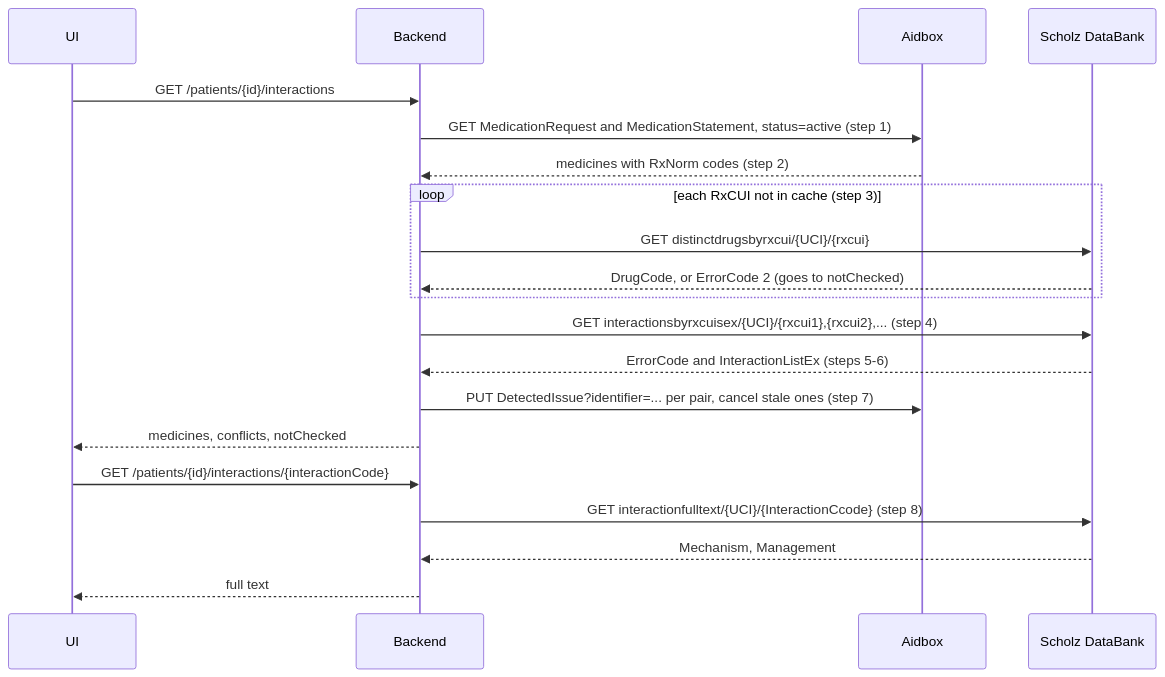
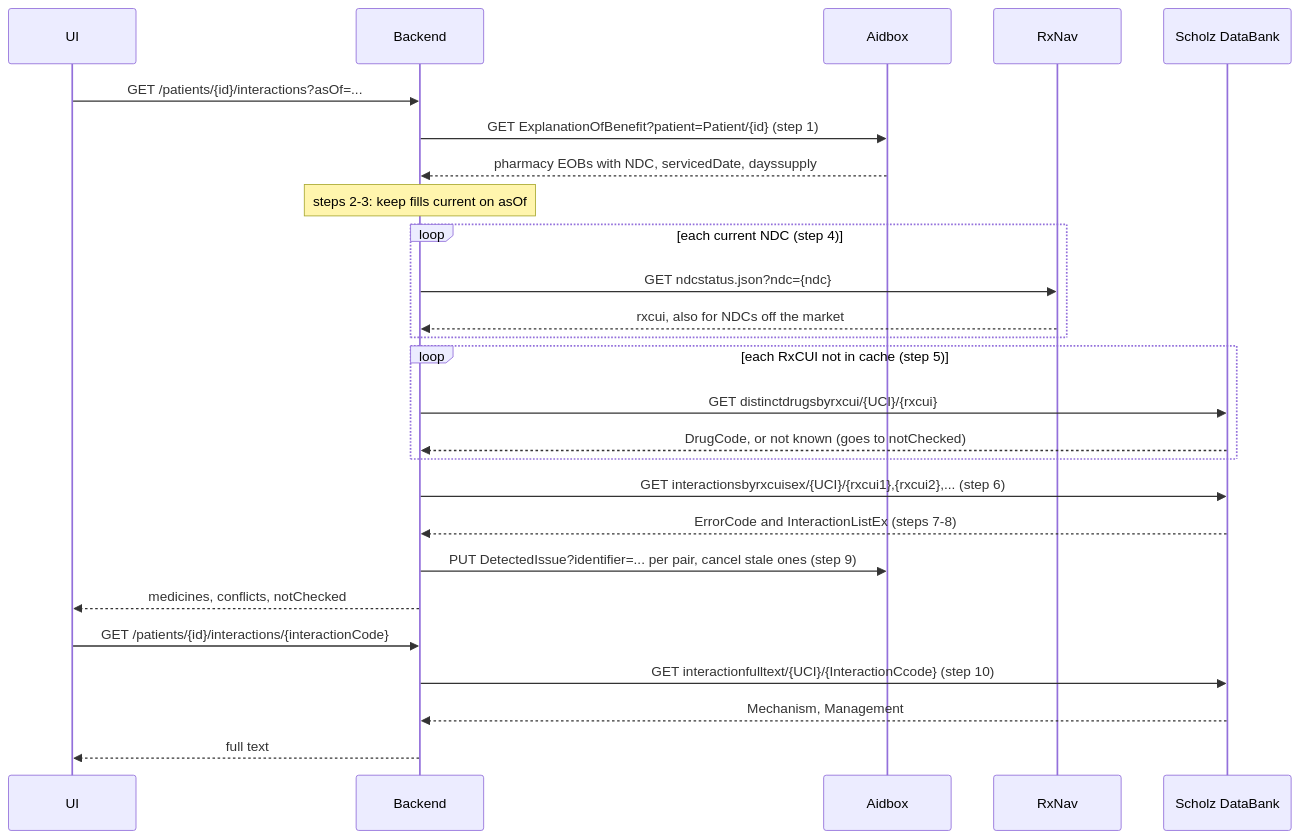
Before and after one commit to aleksandr-oleinikov/fhir_camp_2026: the diagram in docs/ddi-backend.md, drawn with Mermaid. The commit also changed other lines of this file, not shown here.

Commit message:
Read medicines from pharmacy EOBs in the interaction check (#5)

````diff
--- a/docs/ddi-backend.md
+++ b/docs/ddi-backend.md
@@ -20,24 +18,30 @@
 ```mermaid
 sequenceDiagram
     participant UI
     participant BE as Backend
     participant AB as Aidbox
+    participant RX as RxNav
     participant SDB as Scholz DataBank
 
-    UI->>BE: GET /patients/{id}/interactions
-    BE->>AB: GET MedicationRequest and MedicationStatement, status=active (step 1)
-    AB-->>BE: medicines with RxNorm codes (step 2)
-    loop each RxCUI not in cache (step 3)
+    UI->>BE: GET /patients/{id}/interactions?asOf=...
+    BE->>AB: GET ExplanationOfBenefit?patient=Patient/{id} (step 1)
+    AB-->>BE: pharmacy EOBs with NDC, servicedDate, dayssupply
+    Note over BE: steps 2-3: keep fills current on asOf
+    loop each current NDC (step 4)
+        BE->>RX: GET ndcstatus.json?ndc={ndc}
+        RX-->>BE: rxcui, also for NDCs off the market
+    end
+    loop each RxCUI not in cache (step 5)
         BE->>SDB: GET distinctdrugsbyrxcui/{UCI}/{rxcui}
-        SDB-->>BE: DrugCode, or ErrorCode 2 (goes to notChecked)
+        SDB-->>BE: DrugCode, or not known (goes to notChecked)
     end
-    BE->>SDB: GET interactionsbyrxcuisex/{UCI}/{rxcui1},{rxcui2},... (step 4)
-    SDB-->>BE: ErrorCode and InteractionListEx (steps 5-6)
-    BE->>AB: PUT DetectedIssue?identifier=... per pair, cancel stale ones (step 7)
+    BE->>SDB: GET interactionsbyrxcuisex/{UCI}/{rxcui1},{rxcui2},... (step 6)
+    SDB-->>BE: ErrorCode and InteractionListEx (steps 7-8)
+    BE->>AB: PUT DetectedIssue?identifier=... per pair, cancel stale ones (step 9)
     BE-->>UI: medicines, conflicts, notChecked
 
     UI->>BE: GET /patients/{id}/interactions/{interactionCode}
-    BE->>SDB: GET interactionfulltext/{UCI}/{InteractionCcode} (step 8)
+    BE->>SDB: GET interactionfulltext/{UCI}/{InteractionCcode} (step 10)
     SDB-->>BE: Mechanism, Management
     BE-->>UI: full text
 ```
````
